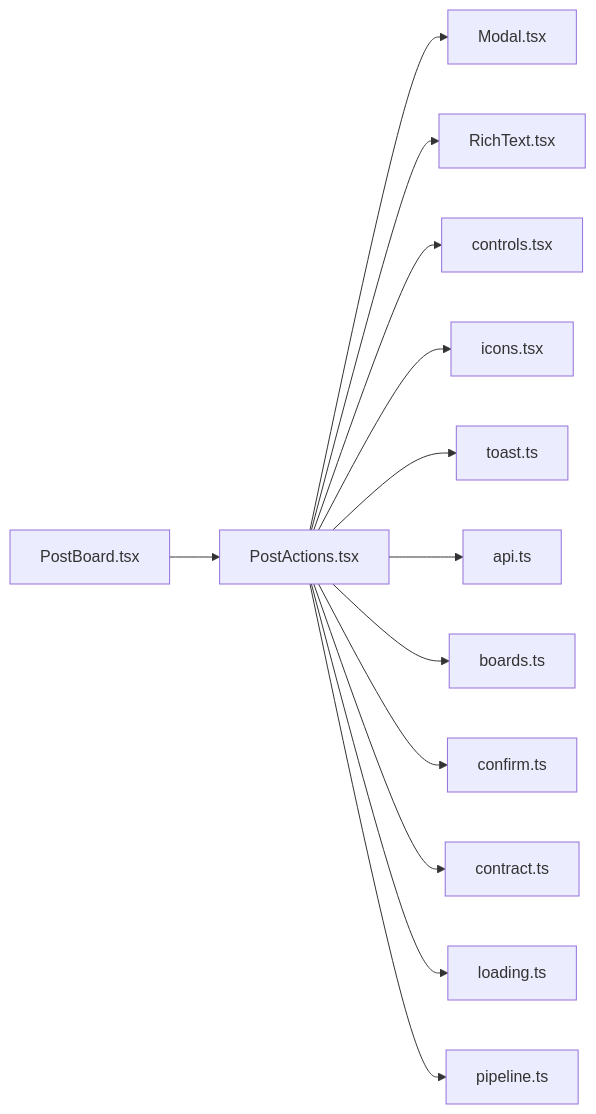
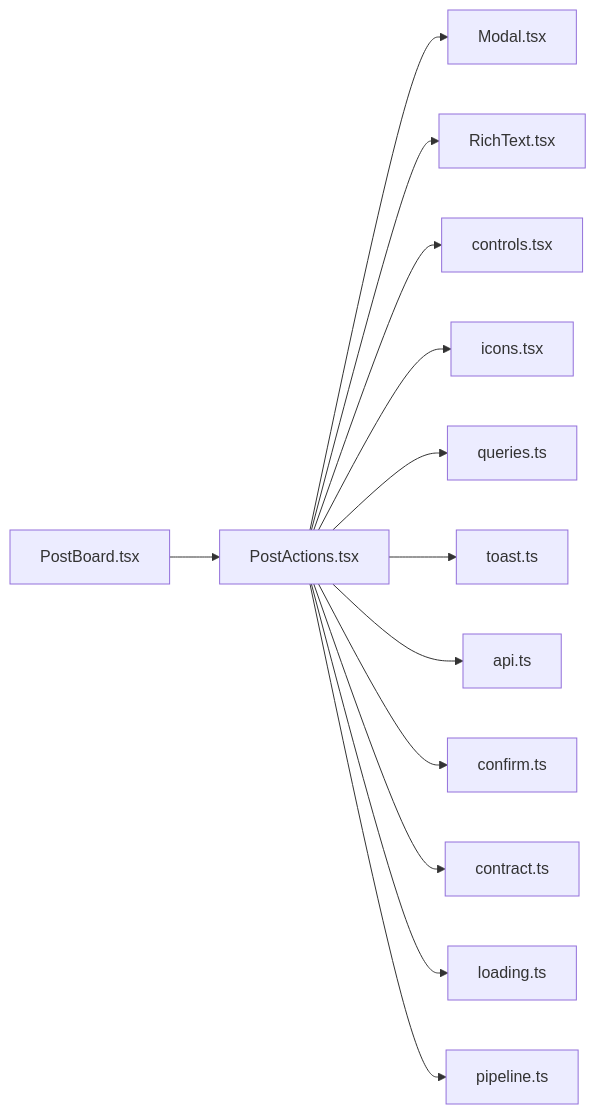
Before and after one commit to minkong-dev/Banblit: the diagram in .cluedoc/graph/frontend/src/components/PostActions.md, drawn with Mermaid. The commit also changed other lines of this file and 41 other files, not shown here.

First line of the commit message:
frontend: keep shared query keys and the team roster query in queries.ts

````diff
--- a/.cluedoc/graph/frontend/src/components/PostActions.md
+++ b/.cluedoc/graph/frontend/src/components/PostActions.md
@@ -10,16 +10,16 @@
 ```mermaid
 flowchart LR
   frontend_src_components_PostActions["PostActions.tsx"]
   frontend_src_components_PostActions --> frontend_src_components_Modal["Modal.tsx"]
   frontend_src_components_PostActions --> frontend_src_components_RichText["RichText.tsx"]
   frontend_src_components_PostActions --> frontend_src_components_controls["controls.tsx"]
   frontend_src_components_PostActions --> frontend_src_components_icons["icons.tsx"]
+  frontend_src_components_PostActions --> frontend_src_components_queries["queries.ts"]
   frontend_src_components_PostActions --> frontend_src_components_toast["toast.ts"]
   frontend_src_components_PostActions --> frontend_src_lib_api["api.ts"]
-  frontend_src_components_PostActions --> frontend_src_lib_boards["boards.ts"]
   frontend_src_components_PostActions --> frontend_src_lib_confirm["confirm.ts"]
   frontend_src_components_PostActions --> frontend_src_lib_contract["contract.ts"]
   frontend_src_components_PostActions --> frontend_src_lib_loading["loading.ts"]
   frontend_src_components_PostActions --> frontend_src_lib_pipeline["pipeline.ts"]
   frontend_src_components_PostBoard["PostBoard.tsx"] --> frontend_src_components_PostActions
 ```
````
